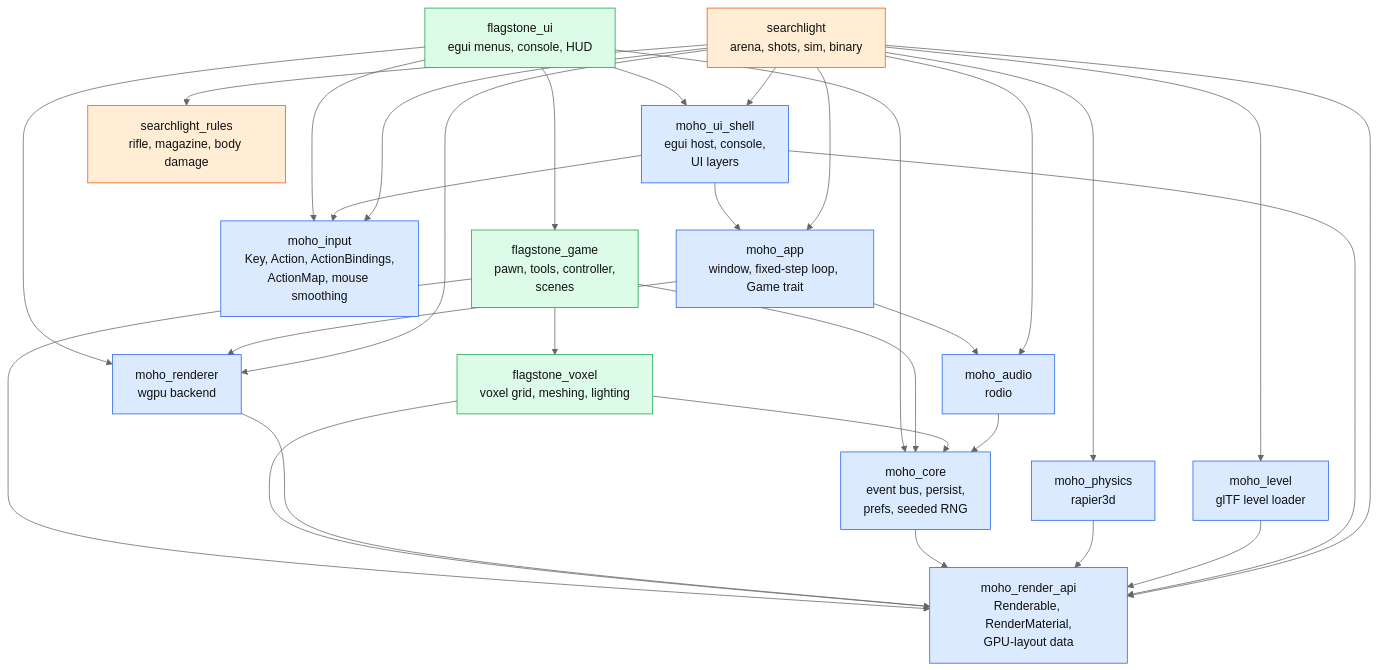
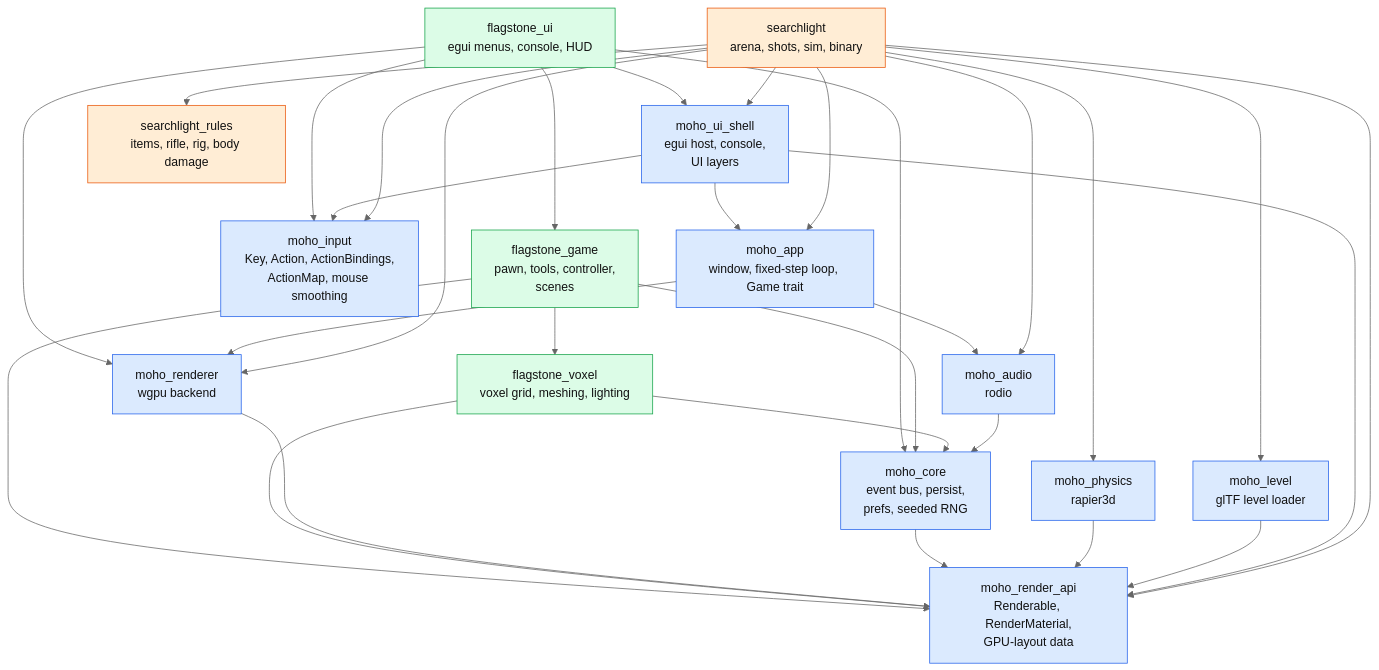
The first of 3 diagrams in wiki/architecture/overview.md (WrackedFella/moho), drawn with Mermaid (neutral theme) before and after one commit. The commit also changed other lines of this file and 3 other files, not shown here.

First line of the commit message:
docs(searchlight): items and kits content format, rig reload, gear item class (FPS-F6-01)

````diff
--- a/wiki/architecture/overview.md
+++ b/wiki/architecture/overview.md
@@ -18,34 +18,34 @@
 ```mermaid
 flowchart TD
     ui["flagstone_ui<br/>egui menus, console, HUD"]:::strategy
     game["flagstone_game<br/>pawn, tools, controller,<br/>scenes"]:::strategy
     voxel["flagstone_voxel<br/>voxel grid, meshing, lighting"]:::strategy
 
     renderer["moho_renderer<br/>wgpu backend"]:::engine
     rapi["moho_render_api<br/>Renderable, RenderMaterial,<br/>GPU-layout data"]:::engine
     core["moho_core<br/>event bus, persist,<br/>prefs, seeded RNG"]:::engine
     audio["moho_audio<br/>rodio"]:::engine
     physics["moho_physics<br/>rapier3d"]:::engine
     input["moho_input<br/>Key, Action, ActionBindings,<br/>ActionMap, mouse smoothing"]:::engine
     app["moho_app<br/>window, fixed-step loop, Game trait"]:::engine
     level["moho_level<br/>glTF level loader"]:::engine
     shell["moho_ui_shell<br/>egui host, console,<br/>UI layers"]:::engine
-    fps["searchlight_rules<br/>rifle, magazine, body damage"]:::fps
+    fps["searchlight_rules<br/>items, rifle, rig, body damage"]:::fps
     fpsgame["searchlight<br/>arena, shots, sim, binary"]:::fps
 
     ui --> renderer & input & core & game & shell
     game --> core & rapi & voxel
     voxel --> core & rapi
     renderer --> rapi
     app --> renderer & audio
     audio --> core
     core --> rapi
     physics --> rapi
     level --> rapi
     shell --> rapi & input & app
     fpsgame --> fps & app & physics & level & input & audio & renderer & rapi & shell
 
     classDef engine fill:#dbeafe,stroke:#2563eb,color:#111
     classDef strategy fill:#dcfce7,stroke:#16a34a,color:#111
     classDef fps fill:#ffedd5,stroke:#ea580c,color:#111
 ```
````
